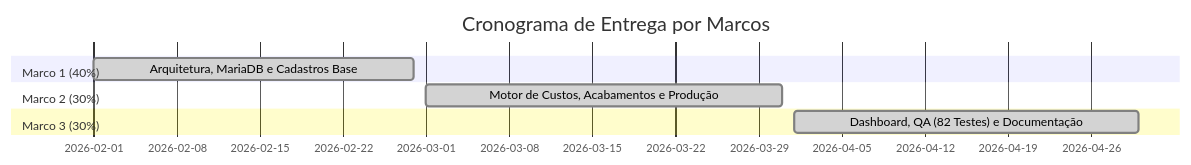
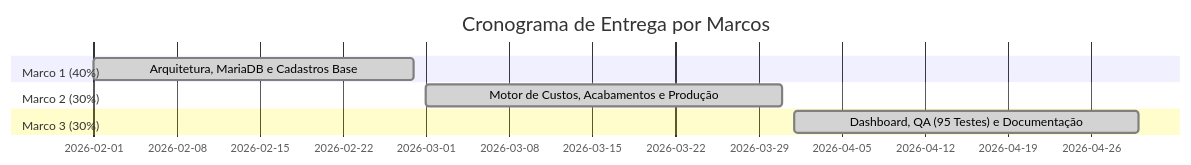
One commit to FelipeSilveiraP/TRABALHO_GRADUACAO_FATEC changed the diagram in docs/TAP/TAP.md. Above: the diagram before and after it, drawn with Mermaid. The commit also changed other lines of this file and 147 other files, not shown here.

````diff
--- a/docs/TAP/TAP.md
+++ b/docs/TAP/TAP.md
@@ -150,11 +150,11 @@
 ```mermaid
 gantt
     title Cronograma de Entrega por Marcos
     dateFormat  YYYY-MM-DD
     section Marco 1 (40%)
     Arquitetura, MariaDB e Cadastros Base :done, m1, 2026-02-01, 2026-02-28
     section Marco 2 (30%)
     Motor de Custos, Acabamentos e Produção :done, m2, 2026-03-01, 2026-03-31
     section Marco 3 (30%)
-    Dashboard, QA (82 Testes) e Documentação :done, m3, 2026-04-01, 2026-04-30
+    Dashboard, QA (95 Testes) e Documentação :done, m3, 2026-04-01, 2026-04-30
 ```
````
